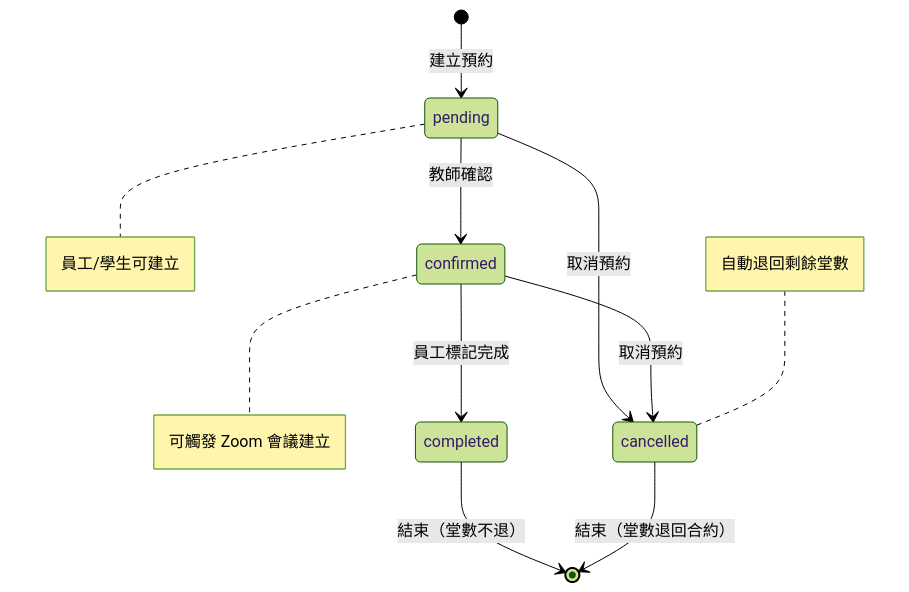
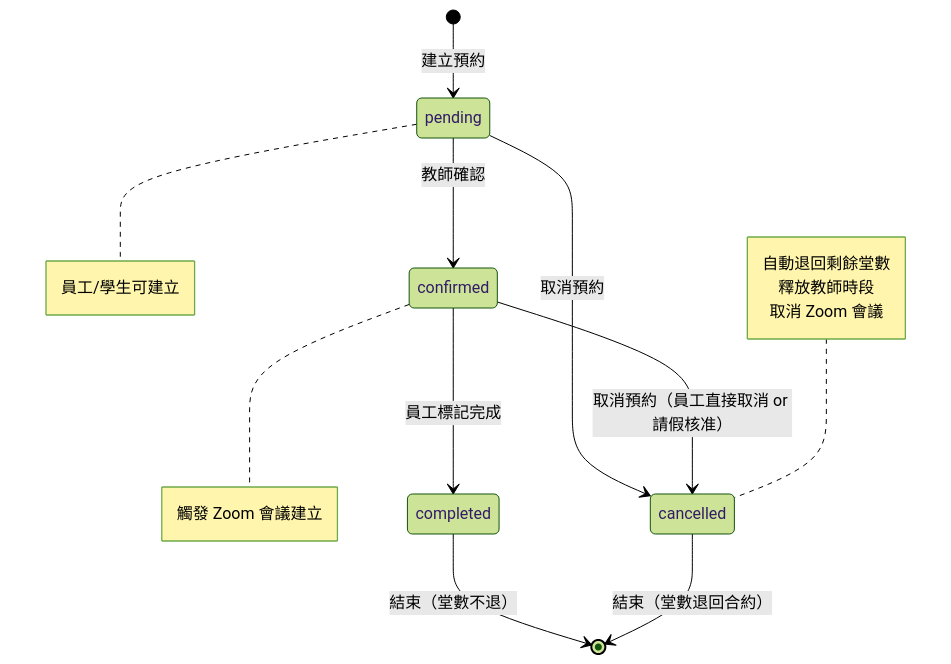
One commit to d56845684/EOP changed the sixth of 14 diagrams in docs/booking-flow.md. Above: the diagram before and after it, drawn with Mermaid (forest theme). The commit also changed other lines of this file and 15 other files, not shown here.

````diff
--- a/docs/booking-flow.md
+++ b/docs/booking-flow.md
@@ -141,18 +141,18 @@
 ```mermaid
 stateDiagram-v2
     [*] --> pending: 建立預約
 
     pending --> confirmed: 教師確認
     pending --> cancelled: 取消預約
 
     confirmed --> completed: 員工標記完成
-    confirmed --> cancelled: 取消預約
+    confirmed --> cancelled: 取消預約（員工直接取消 or 請假核准）
 
     completed --> [*]: 結束（堂數不退）
 
     cancelled --> [*]: 結束（堂數退回合約）
 
     note right of pending: 員工/學生可建立
-    note right of confirmed: 可觸發 Zoom 會議建立
-    note left of cancelled: 自動退回剩餘堂數
+    note right of confirmed: 觸發 Zoom 會議建立
+    note left of cancelled: 自動退回剩餘堂數<br/>釋放教師時段<br/>取消 Zoom 會議
 ```
````
